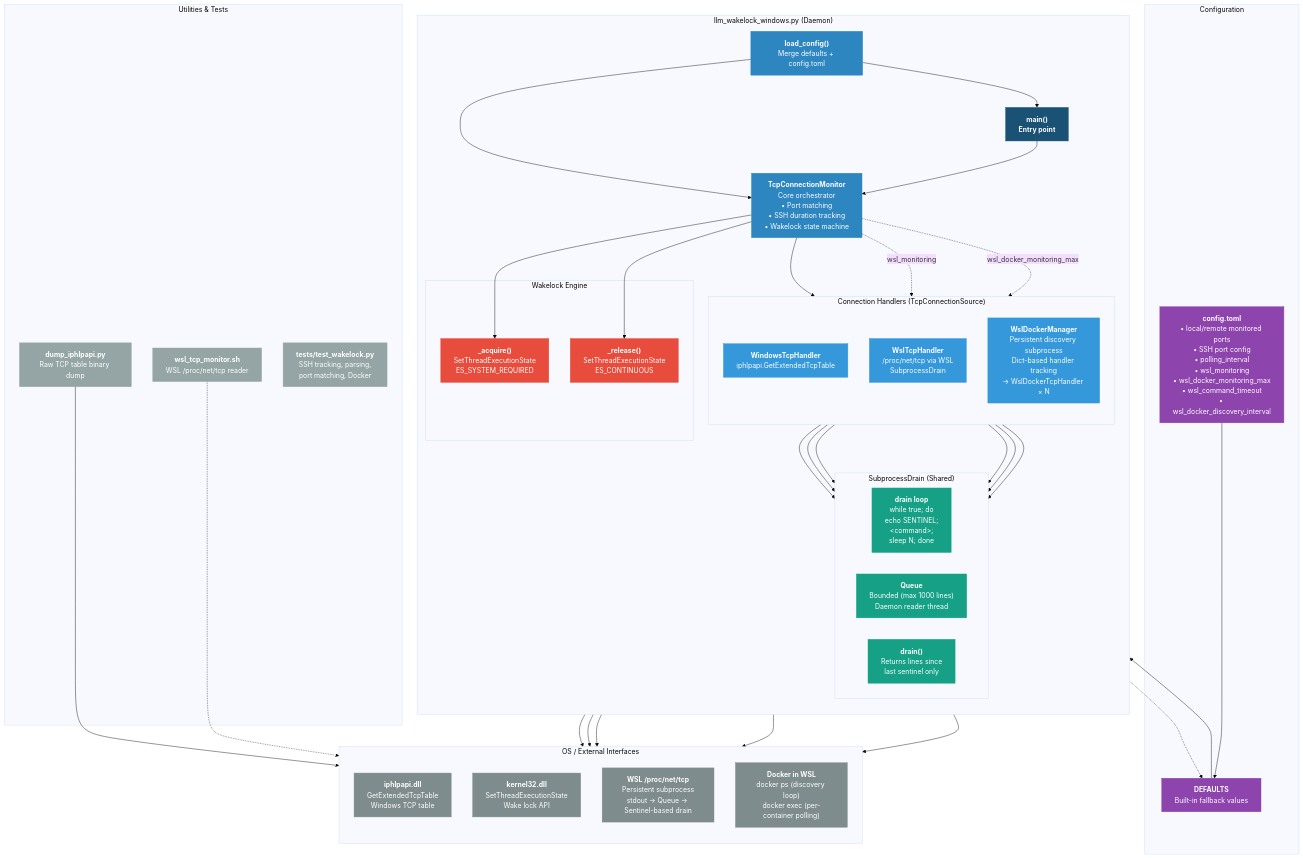
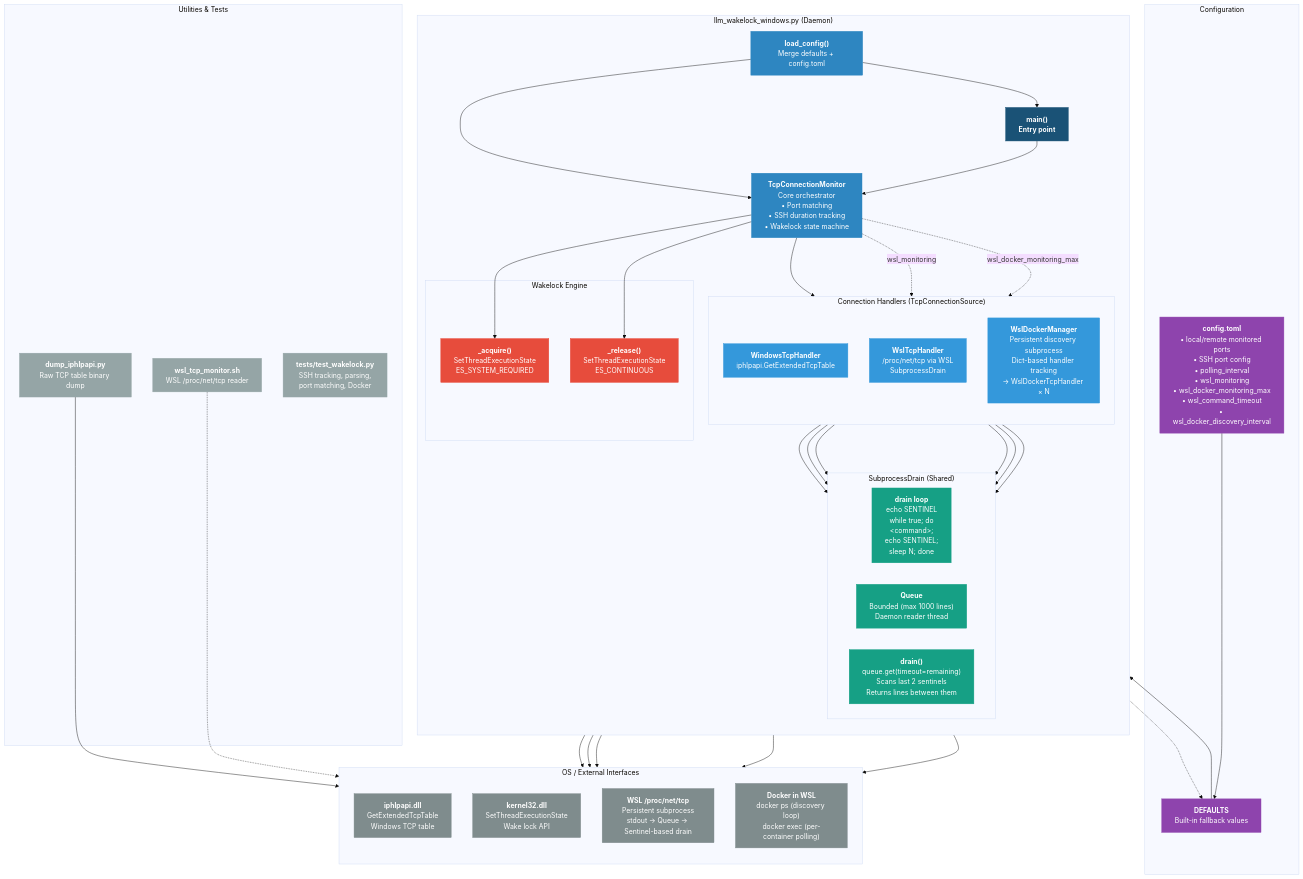
One commit to JonathanKChang/llm_wakelock_windows changed the first of 2 diagrams in docs/component-diagram.md. Above: the diagram before and after it, drawn with Mermaid (base theme). The commit also changed other lines of this file and 3 other files, not shown here.

```diff
--- a/docs/component-diagram.md
+++ b/docs/component-diagram.md
@@ -17,9 +17,9 @@
 
         subgraph SubprocessDrain["SubprocessDrain (Shared)"]
             direction LR
-            DrainLoop["<b>drain loop</b><br/>while true; do<br/>  echo SENTINEL;<br/>  &lt;command&gt;;<br/>  sleep N; done"]:::drain
+            DrainLoop["<b>drain loop</b><br/>echo SENTINEL<br/>while true; do<br/>  &lt;command&gt;;<br/>  echo SENTINEL;<br/>  sleep N; done"]:::drain
             DrainQueue["<b>Queue</b><br/>Bounded (max 1000 lines)<br/>Daemon reader thread"]:::drain
-            DrainLogic["<b>drain()</b><br/>Returns lines since<br/>last sentinel only"]:::drain
+            DrainLogic["<b>drain()</b><br/>queue.get(timeout=remaining)<br/>Scans last 2 sentinels<br/>Returns lines between them"]:::drain
         end
 
         subgraph Wakelock["Wakelock Engine"]
```
